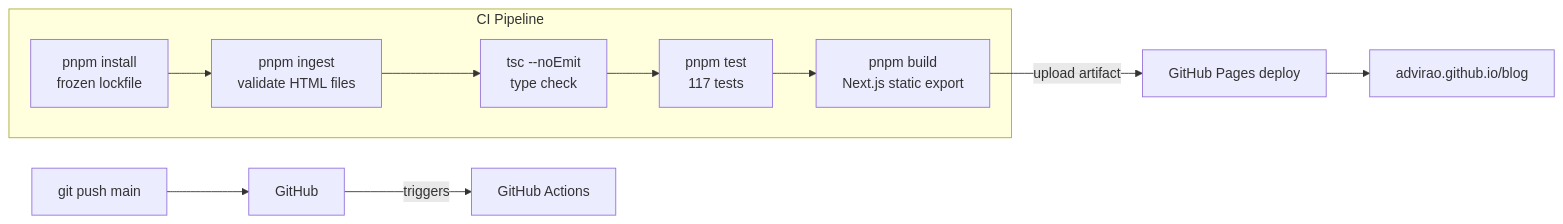
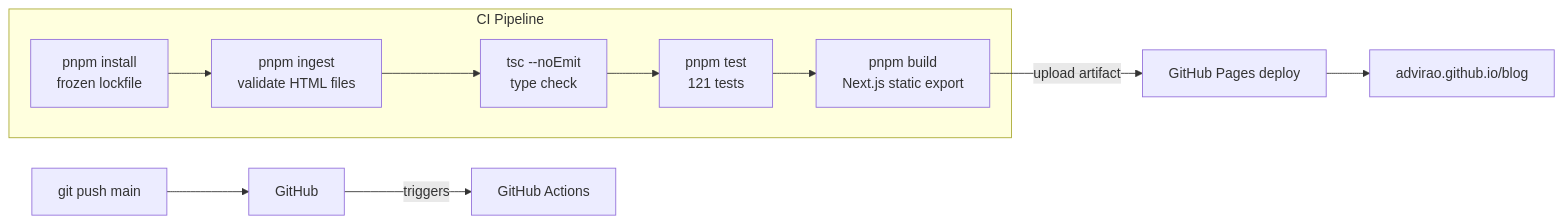
Before and after one commit to Advirao/blog: the fifth of 7 diagrams in docs/architecture.md, drawn with Mermaid. The commit also changed other lines of this file and 4 other files, not shown here.

````diff
--- a/docs/architecture.md
+++ b/docs/architecture.md
@@ -135,15 +145,15 @@
 ```mermaid
 flowchart LR
     DEV[git push main] --> GH[GitHub]
     GH -->|triggers| CI[GitHub Actions]
 
     subgraph CI Pipeline
         I[pnpm install\nfrozen lockfile] --> V[pnpm ingest\nvalidate HTML files]
         V --> T[tsc --noEmit\ntype check]
-        T --> TS[pnpm test\n117 tests]
+        T --> TS[pnpm test\n121 tests]
         TS --> B[pnpm build\nNext.js static export]
     end
 
     B -->|upload artifact| GP[GitHub Pages deploy]
     GP --> LIVE[advirao.github.io/blog]
 ```
````
